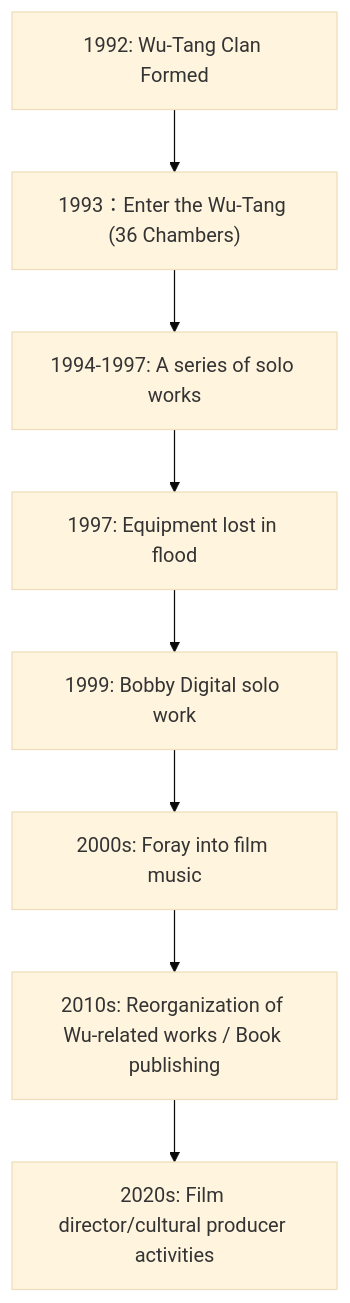
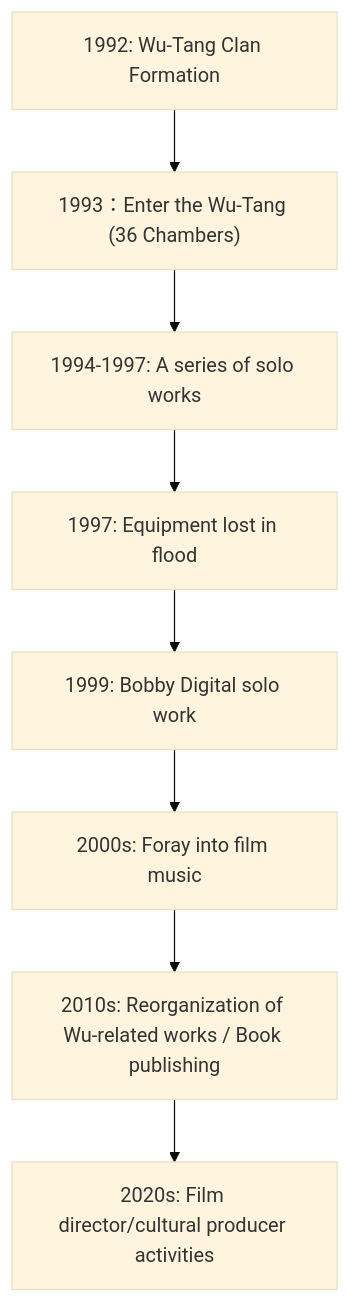
One commit to monumental-movement/monumental-movement.github.io changed the eighth of 8 diagrams in en/_posts/2025-11-21-column-rza.md. Above: the diagram before and after it, drawn with Mermaid (base theme). The commit also changed other lines of this file and 321 other files, not shown here.

```diff
--- a/en/_posts/2025-11-21-column-rza.md
+++ b/en/_posts/2025-11-21-column-rza.md
@@ -268,12 +268,12 @@
 <div class="mermaid">
 
 flowchart TD
-    A["1992: Wu-Tang Clan Formed"] --> B["1993：Enter the Wu-Tang (36 Chambers)"]
+    A["1992: Wu-Tang Clan Formation"] --> B["1993：Enter the Wu-Tang (36 Chambers)"]
     B --> C["1994-1997: A series of solo works"]
     C --> D["1997: Equipment lost in flood"]
     D --> E["1999: Bobby Digital solo work"]
     E --> F["2000s: Foray into film music"]
     F --> G["2010s: Reorganization of Wu-related works / Book publishing"]
     G --> H["2020s: Film director/cultural producer activities"]
 
 </div>
```
